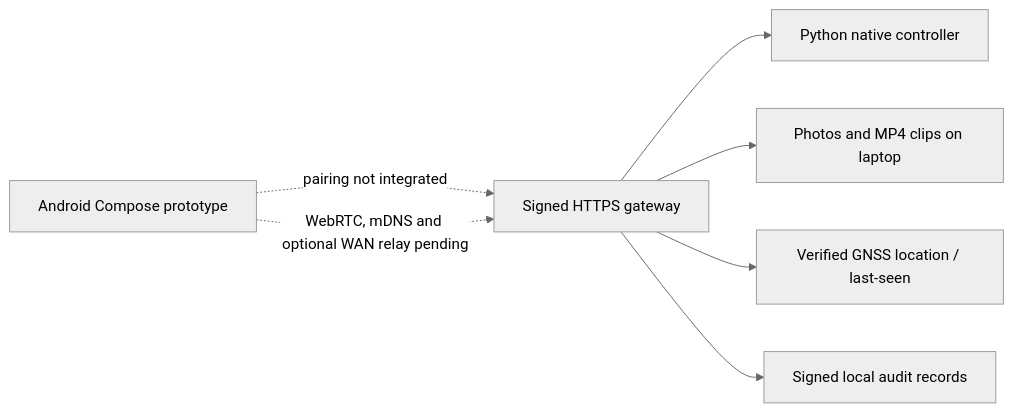
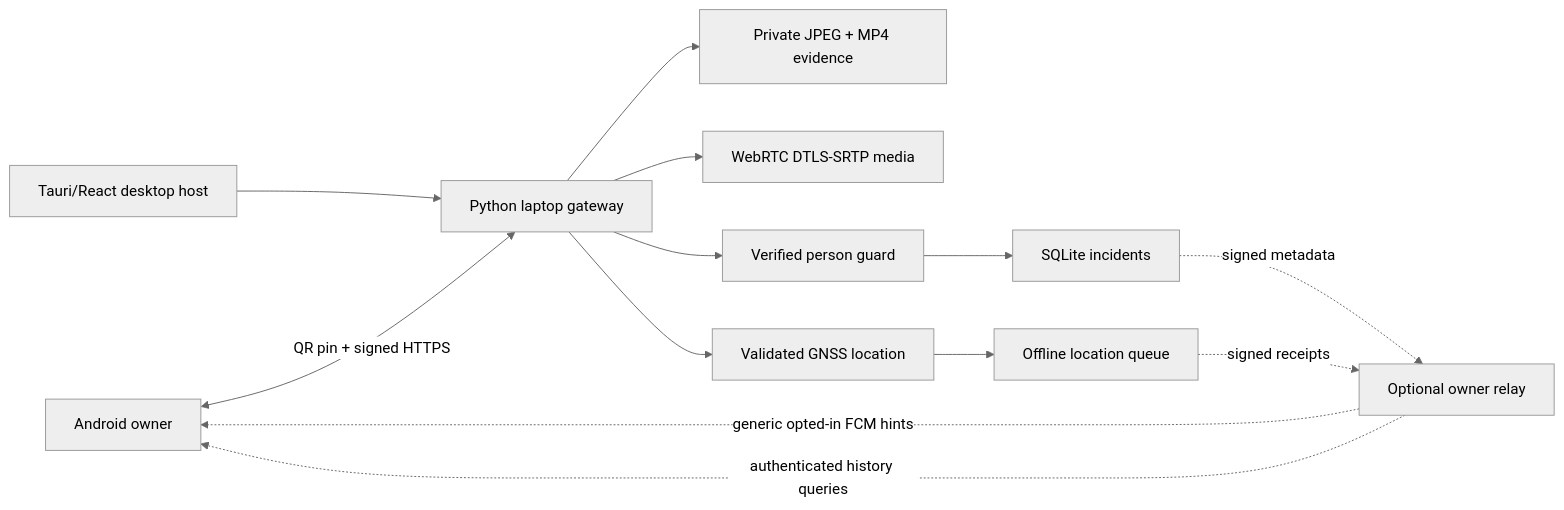
The diagram in README.md (PerezChris99/Laptop-watch), drawn with Mermaid (neutral theme) before and after one commit. The commit also changed other lines of this file and 6 other files, not shown here.

First line of the commit message:
docs(test): publish updated tech stack, release matrix, relay setup and signed receipt tests

````diff
--- a/README.md
+++ b/README.md
@@ -32,9 +73,15 @@
 ```mermaid
 flowchart LR
-    A[Android Compose prototype] -. pairing not integrated .-> G[Signed HTTPS gateway]
-    G --> E[Python native controller]
-    G --> P[Photos and MP4 clips on laptop]
-    G --> L[Verified GNSS location / last-seen]
-    G --> S[Signed local audit records]
-    A -. WebRTC, mDNS and optional WAN relay pending .-> G
+  A[Android owner] <-->|QR pin + signed HTTPS| G[Python laptop gateway]
+  G --> E[Private JPEG + MP4 evidence]
+  G --> V[WebRTC DTLS-SRTP media]
+  G --> P[Verified person guard]
+  G --> L[Validated GNSS location]
+  P --> I[SQLite incidents]
+  L --> Q[Offline location queue]
+  I -. signed metadata .-> R[Optional owner relay]
+  Q -. signed receipts .-> R
+  R -. generic opted-in FCM hints .-> A
+  R -. authenticated history queries .-> A
+  T[Tauri/React desktop host] --> G
 ```
````
